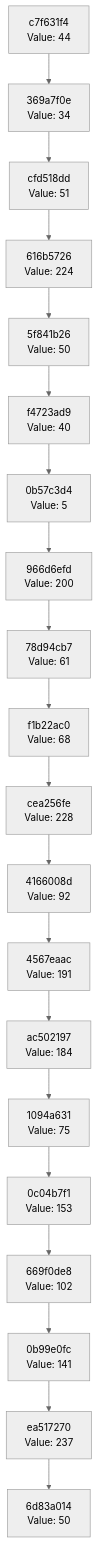
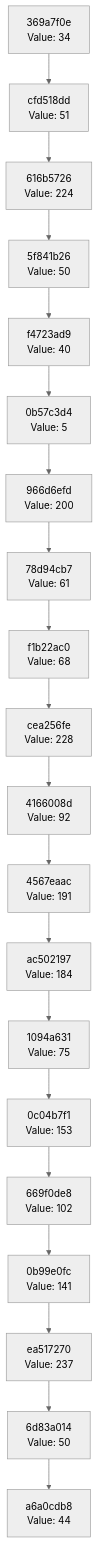
One commit to Abhisheksinha1506/hash-chain-evolver changed the diagram in docs/CHAIN_VISUALIZATION.md. Above: the diagram before and after it, drawn with Mermaid (neutral theme). The commit also changed 3 other files, not shown here.

````diff
--- a/docs/CHAIN_VISUALIZATION.md
+++ b/docs/CHAIN_VISUALIZATION.md
@@ -3,42 +3,42 @@
 ```mermaid
 graph TD
-    C0["6d83a014<br/>Value: 50"]
-    C1["ea517270<br/>Value: 237"]
+    C0["a6a0cdb8<br/>Value: 44"]
+    C1["6d83a014<br/>Value: 50"]
     C1 --> C0
-    C2["0b99e0fc<br/>Value: 141"]
+    C2["ea517270<br/>Value: 237"]
     C2 --> C1
-    C3["669f0de8<br/>Value: 102"]
+    C3["0b99e0fc<br/>Value: 141"]
     C3 --> C2
-    C4["0c04b7f1<br/>Value: 153"]
+    C4["669f0de8<br/>Value: 102"]
     C4 --> C3
-    C5["1094a631<br/>Value: 75"]
+    C5["0c04b7f1<br/>Value: 153"]
     C5 --> C4
-    C6["ac502197<br/>Value: 184"]
+    C6["1094a631<br/>Value: 75"]
     C6 --> C5
-    C7["4567eaac<br/>Value: 191"]
+    C7["ac502197<br/>Value: 184"]
     C7 --> C6
-    C8["4166008d<br/>Value: 92"]
+    C8["4567eaac<br/>Value: 191"]
     C8 --> C7
-    C9["cea256fe<br/>Value: 228"]
+    C9["4166008d<br/>Value: 92"]
     C9 --> C8
-    C10["f1b22ac0<br/>Value: 68"]
+    C10["cea256fe<br/>Value: 228"]
     C10 --> C9
-    C11["78d94cb7<br/>Value: 61"]
+    C11["f1b22ac0<br/>Value: 68"]
     C11 --> C10
-    C12["966d6efd<br/>Value: 200"]
+    C12["78d94cb7<br/>Value: 61"]
     C12 --> C11
-    C13["0b57c3d4<br/>Value: 5"]
+    C13["966d6efd<br/>Value: 200"]
     C13 --> C12
-    C14["f4723ad9<br/>Value: 40"]
+    C14["0b57c3d4<br/>Value: 5"]
     C14 --> C13
-    C15["5f841b26<br/>Value: 50"]
+    C15["f4723ad9<br/>Value: 40"]
     C15 --> C14
-    C16["616b5726<br/>Value: 224"]
+    C16["5f841b26<br/>Value: 50"]
     C16 --> C15
-    C17["cfd518dd<br/>Value: 51"]
+    C17["616b5726<br/>Value: 224"]
     C17 --> C16
-    C18["369a7f0e<br/>Value: 34"]
+    C18["cfd518dd<br/>Value: 51"]
     C18 --> C17
-    C19["c7f631f4<br/>Value: 44"]
+    C19["369a7f0e<br/>Value: 34"]
     C19 --> C18
 ```
````
